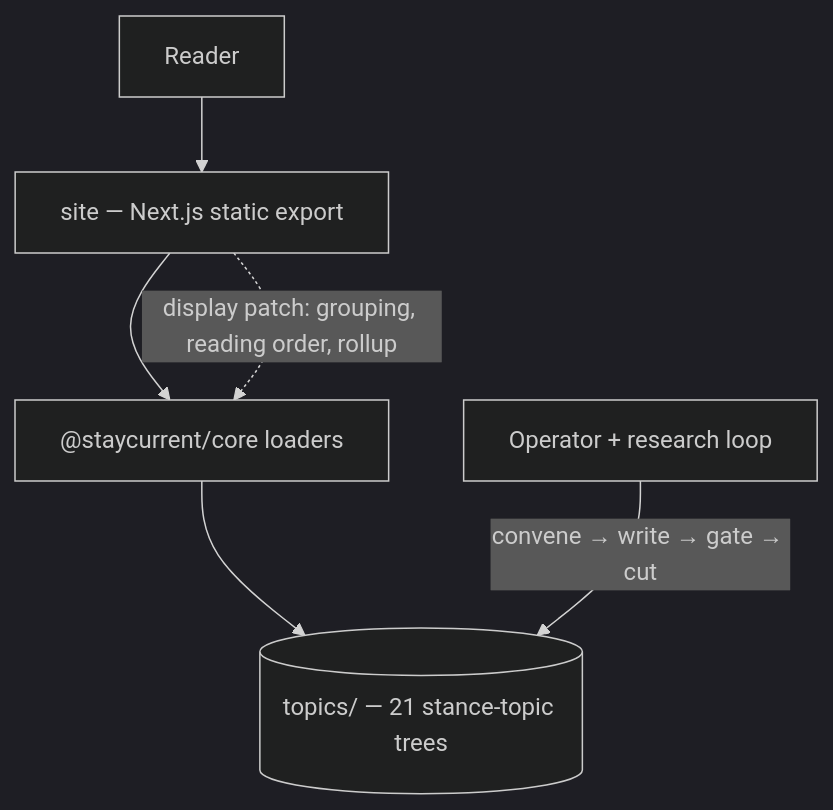
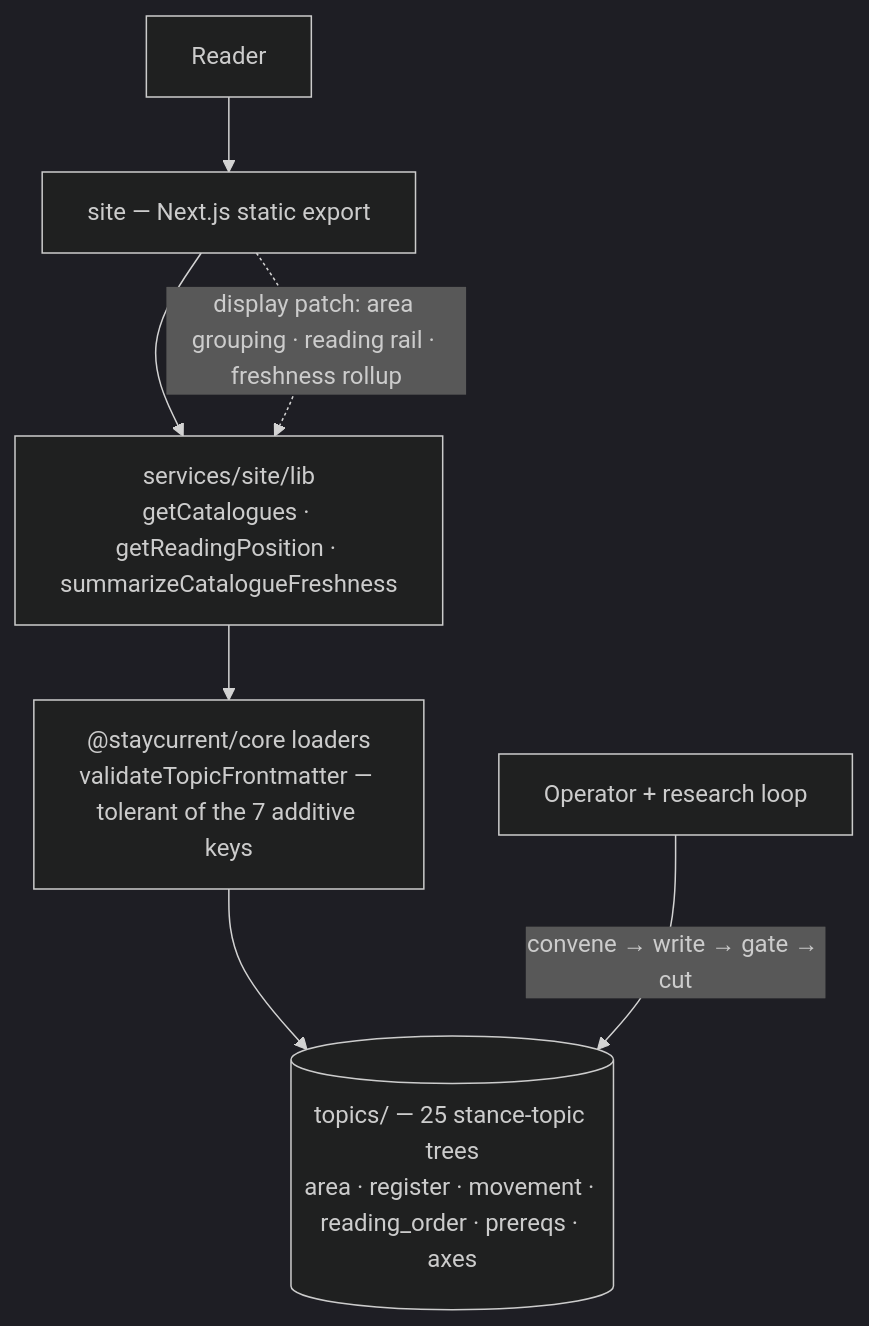
One commit to ryannel/staycurrent changed the diagram in docs/bets/databases-catalogue/pitch.md. Above: the diagram before and after it, drawn with Mermaid (dark theme). The commit also changed other lines of this file and 5 other files, not shown here.

First line of the commit message:
bet(databases-catalogue): design locked — practice-tier amendment (25 slugs, fifth movement), operator decisions resolved, independent review PRESENT

````diff
--- a/docs/bets/databases-catalogue/pitch.md
+++ b/docs/bets/databases-catalogue/pitch.md
@@ -77,8 +81,9 @@
 ```mermaid
 graph TD
-  A[Reader] --> B[site — Next.js static export]
-  B --> C["@staycurrent/core loaders"]
-  C --> D[(topics/ — 21 stance-topic trees)]
-  E[Operator + research loop] -->|convene → write → gate → cut| D
-  B -.->|display patch: grouping, reading order, rollup| C
+  Reader --> Site[site — Next.js static export]
+  Site --> Lib["services/site/lib<br/>getCatalogues · getReadingPosition · summarizeCatalogueFreshness"]
+  Lib --> Core["@staycurrent/core loaders<br/>validateTopicFrontmatter — tolerant of the 7 additive keys"]
+  Core --> Topics[("topics/ — 25 stance-topic trees<br/>area · register · movement · reading_order · prereqs · axes")]
+  Operator["Operator + research loop"] -->|convene → write → gate → cut| Topics
+  Site -.->|display patch: area grouping · reading rail · freshness rollup| Lib
 ```
````
